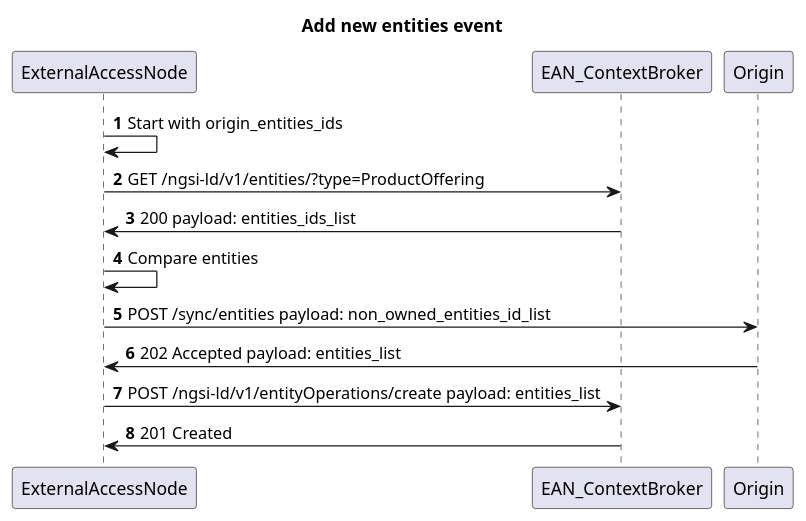
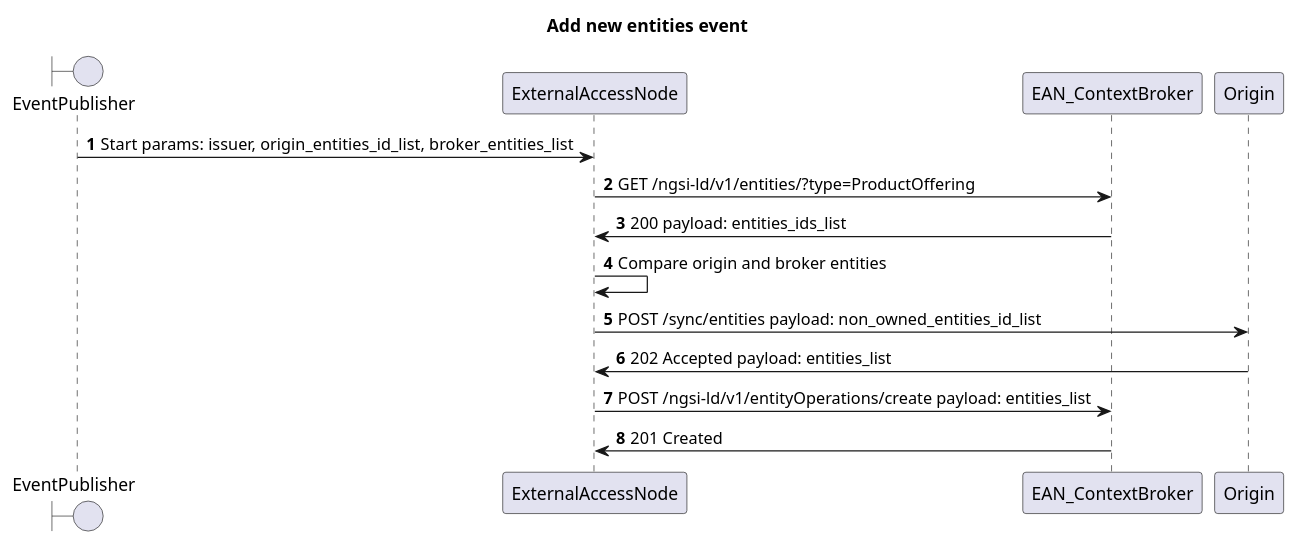
One commit to in2workspace/in2-desmos-api changed the diagram in docs/diagrams/discovery-sync/discovery-sync-event.puml. Above: the diagram before and after it, drawn with PlantUML. The commit also changed 2 other files, not shown here.

Commit message:
fix(docs): discarded discovery sync without events and improve event and discovery sync with events diagrams

```diff
--- a/docs/diagrams/discovery-sync/discovery-sync-event.puml
+++ b/docs/diagrams/discovery-sync/discovery-sync-event.puml
@@ -1,24 +1,26 @@
 @startuml
 'https://plantuml.com/sequence-diagram
 
 title Add new entities event
 
 autonumber
 
-ExternalAccessNode -> ExternalAccessNode: Start with origin_entities_ids
+boundary EventPublisher
+
+EventPublisher -> ExternalAccessNode: Start params: issuer, origin_entities_id_list, broker_entities_list
 
 ExternalAccessNode -> EAN_ContextBroker: GET /ngsi-ld/v1/entities/?type=ProductOffering
 
 EAN_ContextBroker -> ExternalAccessNode: 200 payload: entities_ids_list
 
-ExternalAccessNode -> ExternalAccessNode: Compare entities
+ExternalAccessNode -> ExternalAccessNode: Compare origin and broker entities
 
 ExternalAccessNode -> Origin: POST /sync/entities payload: non_owned_entities_id_list
 
 Origin -> ExternalAccessNode: 202 Accepted payload: entities_list
 
 ExternalAccessNode -> EAN_ContextBroker: POST /ngsi-ld/v1/entityOperations/create payload: entities_list
 
 EAN_ContextBroker -> ExternalAccessNode: 201 Created
 
 @enduml
```
